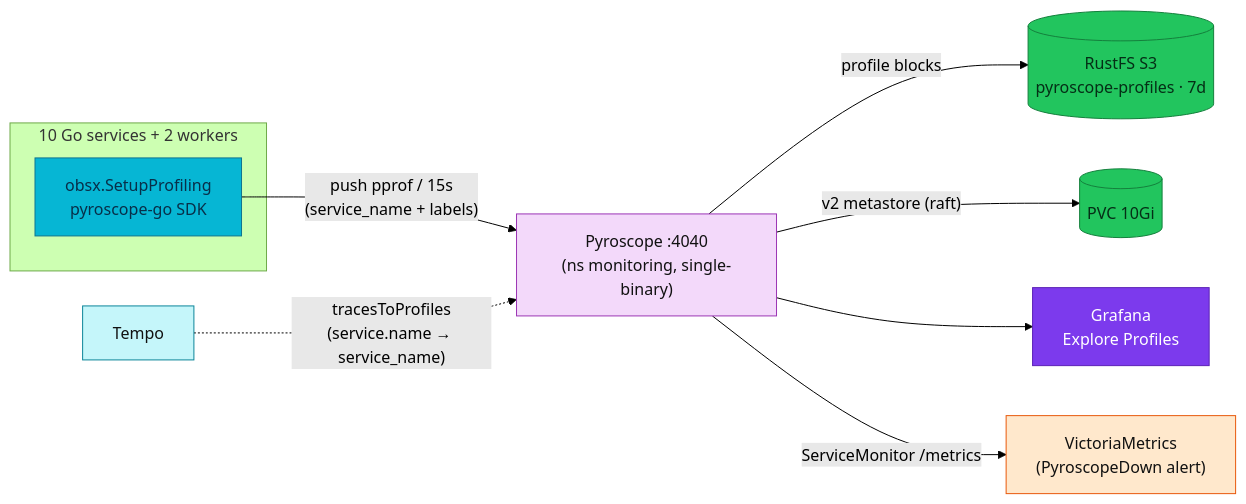
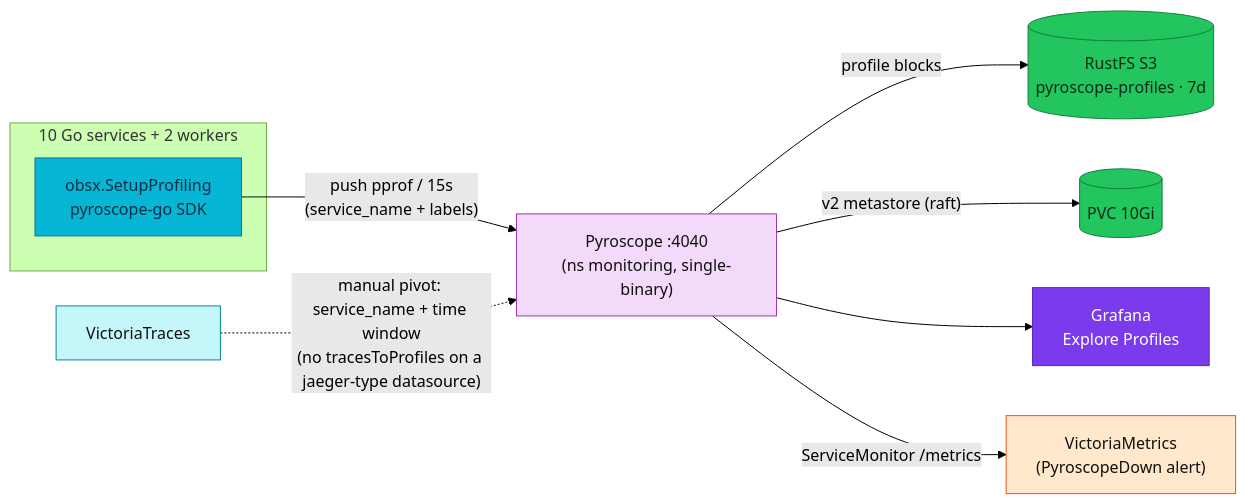
One commit to duynhlab/homelab changed the diagram in docs/observability/profiling/README.md. Above: the diagram before and after it, drawn with Mermaid (forest theme). The commit also changed other lines of this file and 57 other files, not shown here.

````diff
--- a/docs/observability/profiling/README.md
+++ b/docs/observability/profiling/README.md
@@ -68,24 +70,24 @@
 ```mermaid
 flowchart LR
     subgraph svc[10 Go services + 2 workers]
       SDK["obsx.SetupProfiling<br/>pyroscope-go SDK"]
     end
     SDK -- "push pprof / 15s<br/>(service_name + labels)" --> PYRO["Pyroscope :4040<br/>(ns monitoring, single-binary)"]
     PYRO -- "profile blocks" --> S3[("RustFS S3<br/>pyroscope-profiles · 7d")]
     PYRO -- "v2 metastore (raft)" --> PVC[("PVC 10Gi")]
     PYRO --> GRAF["Grafana<br/>Explore Profiles"]
-    TEMPO["Tempo"] -. "tracesToProfiles<br/>(service.name → service_name)" .-> PYRO
+    TEMPO["VictoriaTraces"] -. "manual pivot: service_name + time window<br/>(no tracesToProfiles on a jaeger-type datasource)" .-> PYRO
     PYRO -->|"ServiceMonitor /metrics"| VM["VictoriaMetrics<br/>(PyroscopeDown alert)"]
     classDef service fill:#06b6d4,color:#082f49,stroke:#0e7490;
     classDef data fill:#22c55e,color:#052e16,stroke:#15803d;
     classDef metric fill:#ffe8cc,color:#111,stroke:#e8590c;
     classDef trace fill:#c5f6fa,color:#111,stroke:#0c8599;
     classDef profile fill:#f3d9fa,color:#111,stroke:#9c36b5;
     classDef platform fill:#7c3aed,color:#fff,stroke:#5b21b6;
     class SDK service;
     class PYRO profile;
     class S3,PVC data;
     class GRAF platform;
     class TEMPO trace;
     class VM metric;
 ```
````
